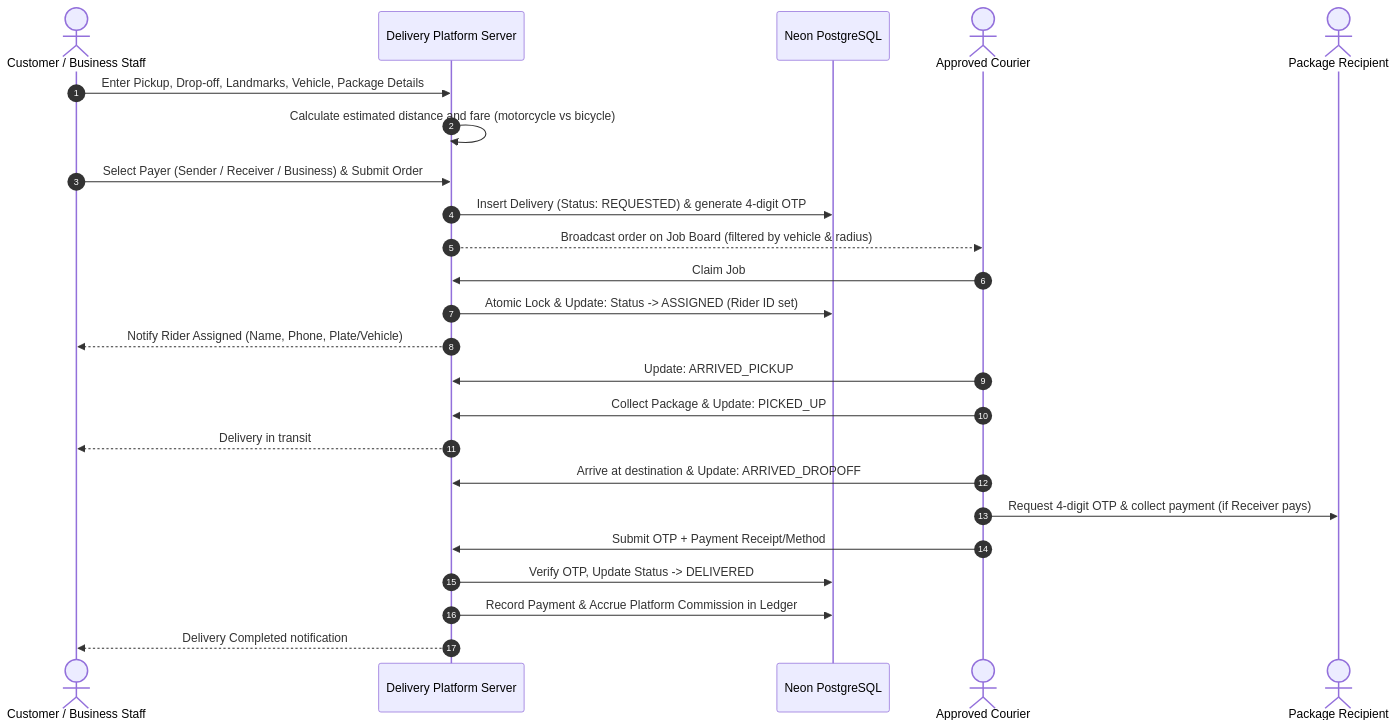
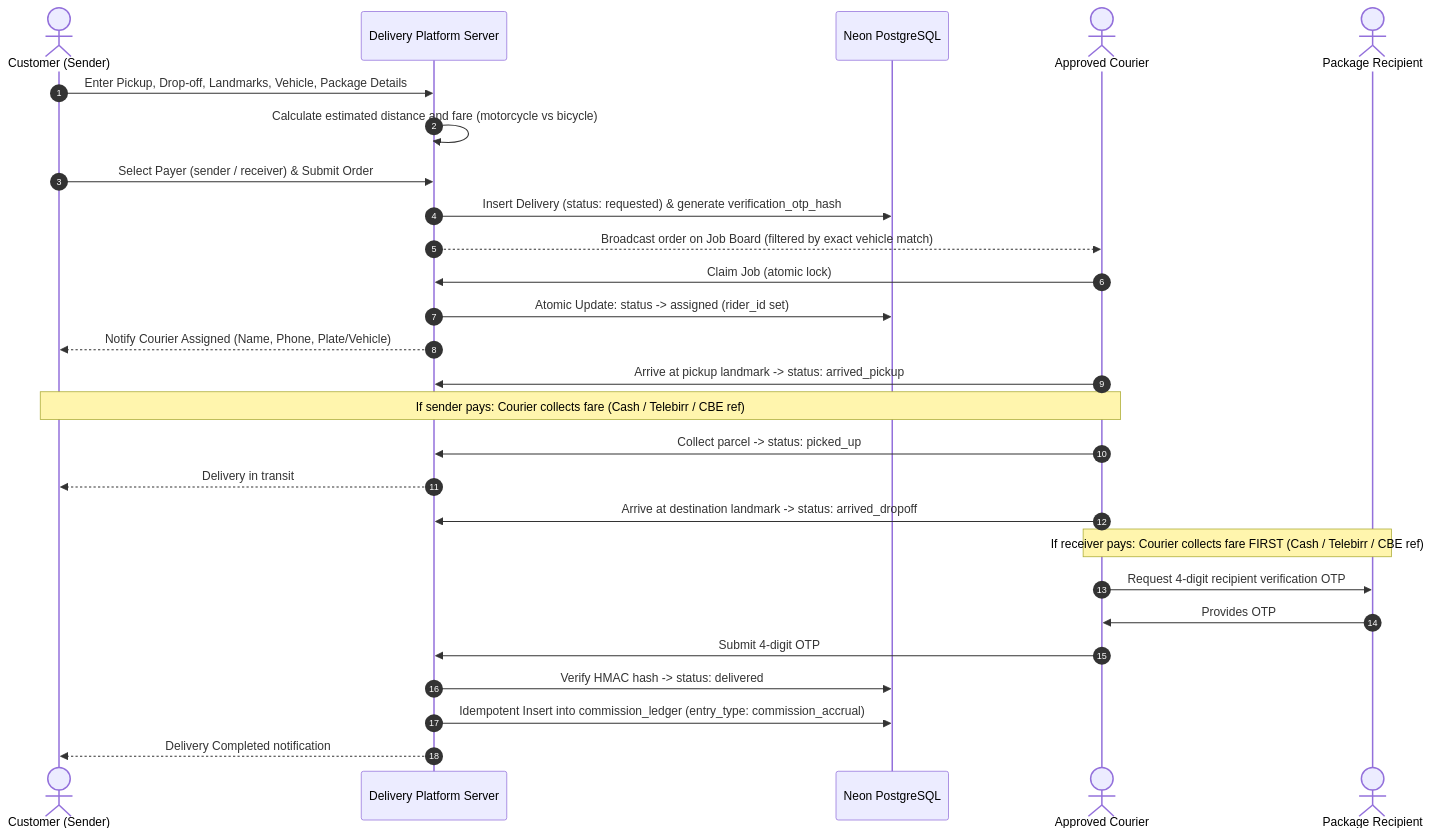
The second of 3 diagrams in docs/MVP_SPEC.md (NahoooMac/Delivery_App), drawn with Mermaid before and after one commit. The commit also changed other lines of this file and 5 other files, not shown here.

Commit message:
docs: finalize MVP architecture, database design, and UX core screen flows

````diff
--- a/docs/MVP_SPEC.md
+++ b/docs/MVP_SPEC.md
@@ -80,27 +82,30 @@
 ```mermaid
 sequenceDiagram
     autonumber
-    actor Requester as Customer / Business Staff
+    actor Requester as Customer (Sender)
     participant System as Delivery Platform Server
     participant DB as Neon PostgreSQL
-    actor Rider as Approved Courier
+    actor Courier as Approved Courier
     actor Recipient as Package Recipient
 
     Requester->>System: Enter Pickup, Drop-off, Landmarks, Vehicle, Package Details
     System->>System: Calculate estimated distance and fare (motorcycle vs bicycle)
-    Requester->>System: Select Payer (Sender / Receiver / Business) & Submit Order
-    System->>DB: Insert Delivery (Status: REQUESTED) & generate 4-digit OTP
-    System-->>Rider: Broadcast order on Job Board (filtered by vehicle & radius)
-    Rider->>System: Claim Job
-    System->>DB: Atomic Lock & Update: Status -> ASSIGNED (Rider ID set)
-    System-->>Requester: Notify Rider Assigned (Name, Phone, Plate/Vehicle)
-    Rider->>System: Update: ARRIVED_PICKUP
-    Rider->>System: Collect Package & Update: PICKED_UP
+    Requester->>System: Select Payer (sender / receiver) & Submit Order
+    System->>DB: Insert Delivery (status: requested) & generate verification_otp_hash
+    System-->>Courier: Broadcast order on Job Board (filtered by exact vehicle match)
+    Courier->>System: Claim Job (atomic lock)
+    System->>DB: Atomic Update: status -> assigned (rider_id set)
+    System-->>Requester: Notify Courier Assigned (Name, Phone, Plate/Vehicle)
+    Courier->>System: Arrive at pickup landmark -> status: arrived_pickup
+    Note over Requester,Courier: If sender pays: Courier collects fare (Cash / Telebirr / CBE ref)
+    Courier->>System: Collect parcel -> status: picked_up
     System-->>Requester: Delivery in transit
-    Rider->>System: Arrive at destination & Update: ARRIVED_DROPOFF
-    Rider->>Recipient: Request 4-digit OTP & collect payment (if Receiver pays)
-    Rider->>System: Submit OTP + Payment Receipt/Method
-    System->>DB: Verify OTP, Update Status -> DELIVERED
-    System->>DB: Record Payment & Accrue Platform Commission in Ledger
+    Courier->>System: Arrive at destination landmark -> status: arrived_dropoff
+    Note over Courier,Recipient: If receiver pays: Courier collects fare FIRST (Cash / Telebirr / CBE ref)
+    Courier->>Recipient: Request 4-digit recipient verification OTP
+    Recipient->>Courier: Provides OTP
+    Courier->>System: Submit 4-digit OTP
+    System->>DB: Verify HMAC hash -> status: delivered
+    System->>DB: Idempotent Insert into commission_ledger (entry_type: commission_accrual)
     System-->>Requester: Delivery Completed notification
 ```
````
